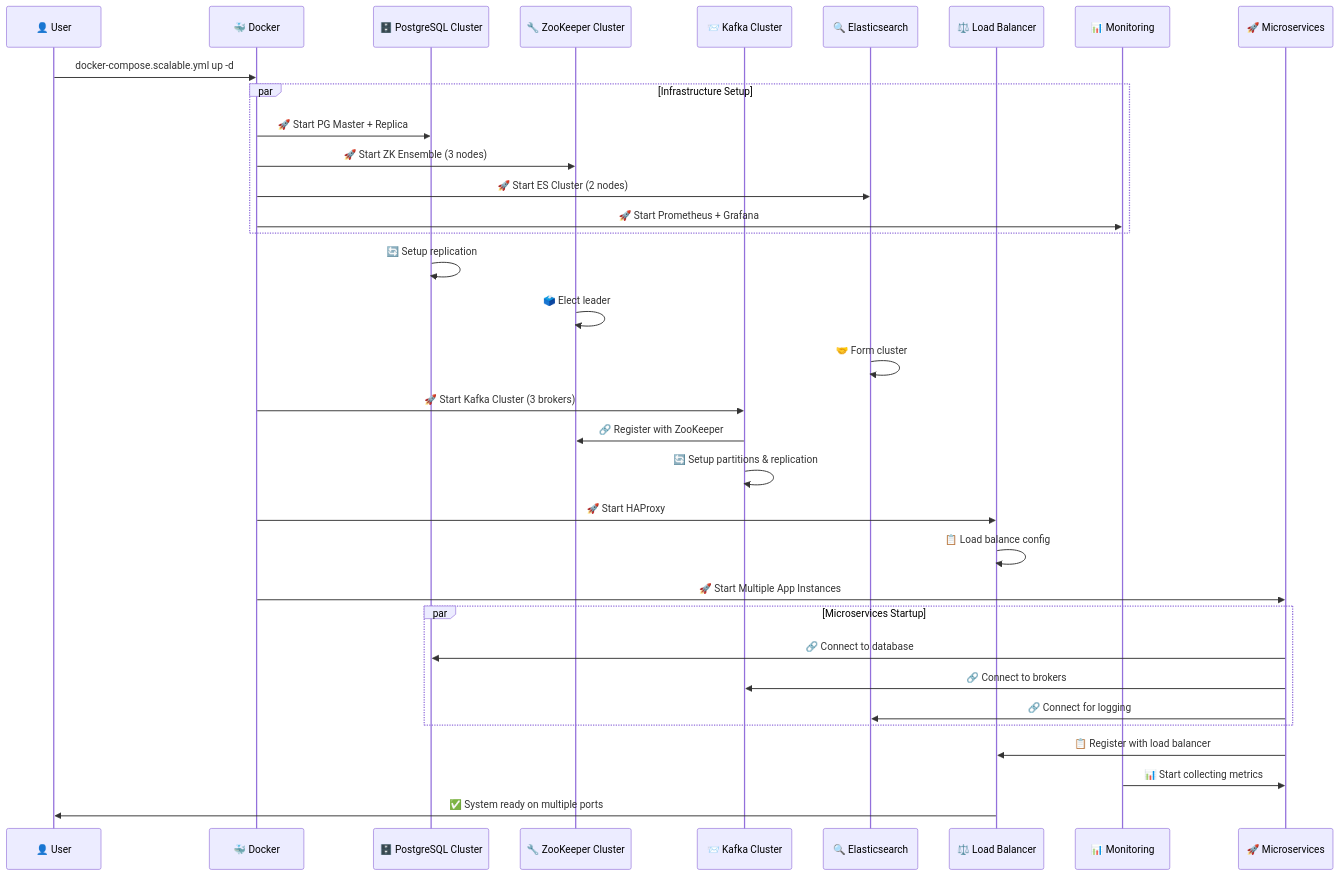
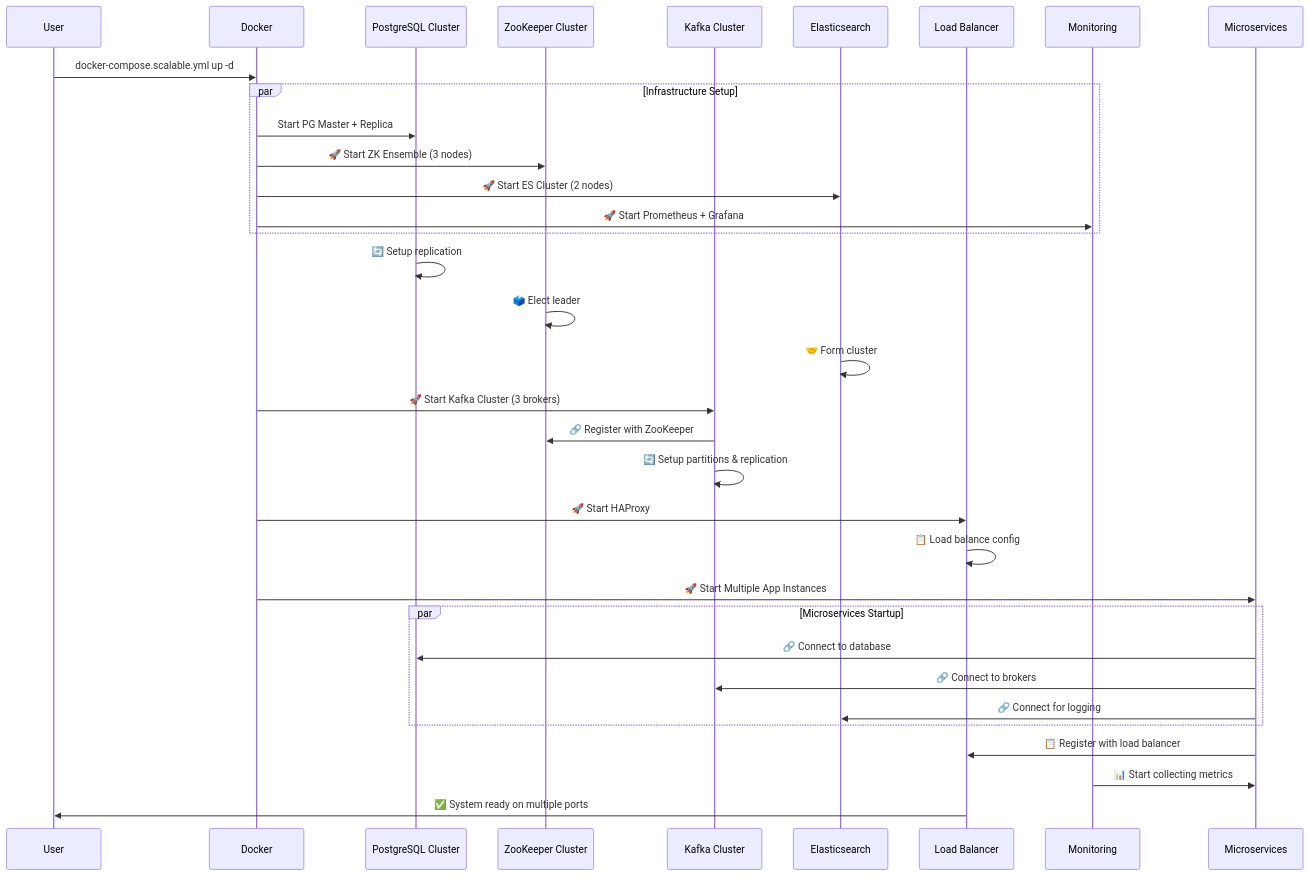
One commit to italo-costa/estudosKBNT_Kafka_Logs_V2_cleanCode changed the third of 10 diagrams in DEPLOYMENT_SEQUENCE.md. Above: the diagram before and after it, drawn with Mermaid. The commit also changed other lines of this file and 1 other file, not shown here.

First line of the commit message:
docs: Remove emojis from Mermaid diagrams for better GitHub rendering

````diff
--- a/DEPLOYMENT_SEQUENCE.md
+++ b/DEPLOYMENT_SEQUENCE.md
@@ -85,44 +85,44 @@
 ```mermaid
 sequenceDiagram
-    participant User as 👤 User
-    participant Docker as 🐳 Docker
-    participant PG as 🗄️ PostgreSQL Cluster
-    participant ZK as 🔧 ZooKeeper Cluster
-    participant Kafka as 📨 Kafka Cluster
-    participant ES as 🔍 Elasticsearch
-    participant LB as ⚖️ Load Balancer
-    participant Mon as 📊 Monitoring
-    participant Apps as 🚀 Microservices
+    participant User as User
+    participant Docker as Docker
+    participant PG as PostgreSQL Cluster
+    participant ZK as ZooKeeper Cluster
+    participant Kafka as Kafka Cluster
+    participant ES as Elasticsearch
+    participant LB as Load Balancer
+    participant Mon as Monitoring
+    participant Apps as Microservices
     
     User->>Docker: docker-compose.scalable.yml up -d
     
     par Infrastructure Setup
-        Docker->>PG: 🚀 Start PG Master + Replica
+        Docker->>PG: Start PG Master + Replica
         Docker->>ZK: 🚀 Start ZK Ensemble (3 nodes)
         Docker->>ES: 🚀 Start ES Cluster (2 nodes)
         Docker->>Mon: 🚀 Start Prometheus + Grafana
     end
     
     PG->>PG: 🔄 Setup replication
     ZK->>ZK: 🗳️ Elect leader
     ES->>ES: 🤝 Form cluster
     
     Docker->>Kafka: 🚀 Start Kafka Cluster (3 brokers)
     Kafka->>ZK: 🔗 Register with ZooKeeper
     Kafka->>Kafka: 🔄 Setup partitions & replication
     
     Docker->>LB: 🚀 Start HAProxy
     LB->>LB: 📋 Load balance config
     
     Docker->>Apps: 🚀 Start Multiple App Instances
     
     par Microservices Startup
         Apps->>PG: 🔗 Connect to database
         Apps->>Kafka: 🔗 Connect to brokers
         Apps->>ES: 🔗 Connect for logging
     end
     
     Apps->>LB: 📋 Register with load balancer
     Mon->>Apps: 📊 Start collecting metrics
     LB->>User: ✅ System ready on multiple ports
 ```
````
